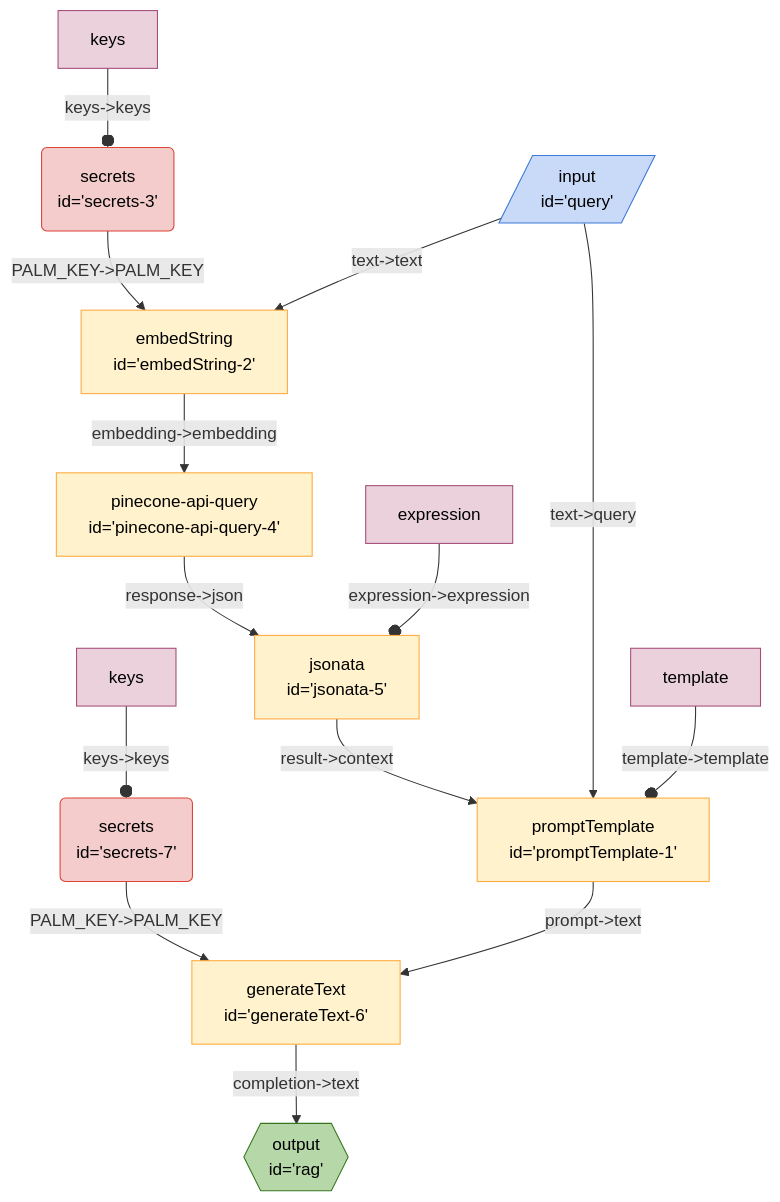
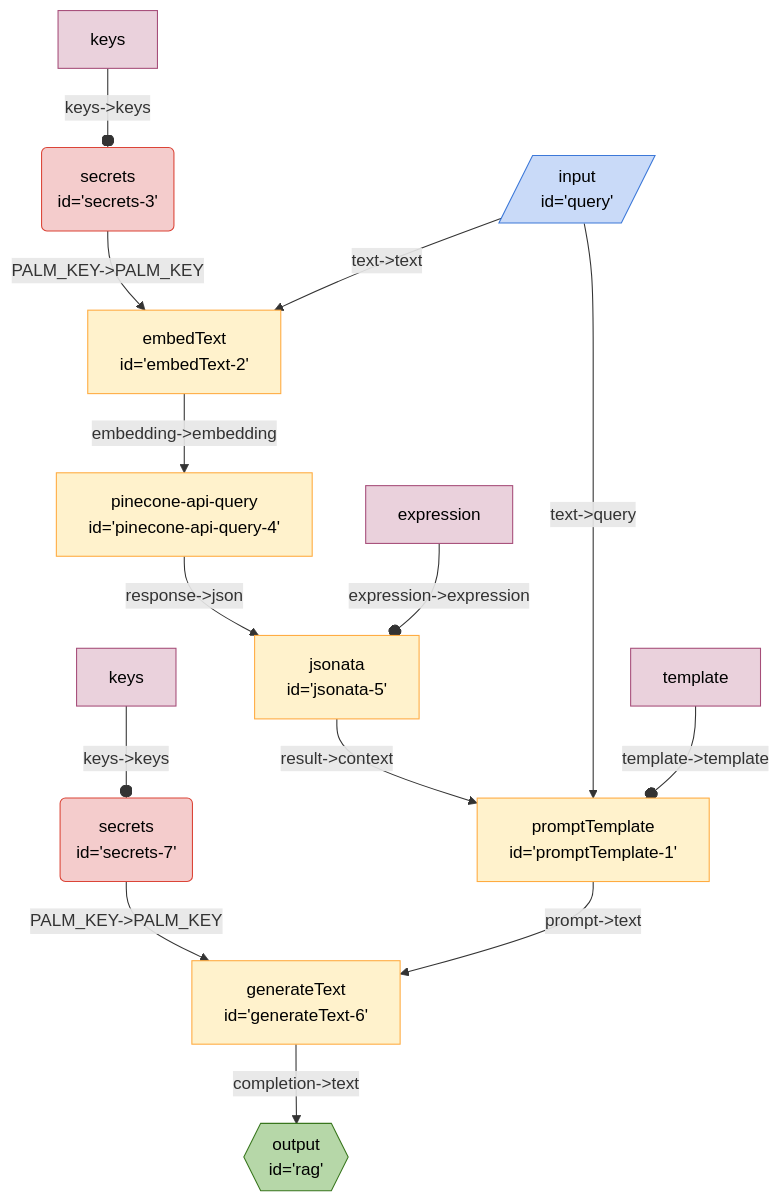
The diagram in seeds/graph-playground/docs/graphs/pinecone-query.md (breadboard-ai/breadboard), drawn with Mermaid before and after one commit. The commit also changed 7 other files, not shown here.

First line of the commit message:
[llm-starter] Introduce `embedText` node.

````diff
--- a/seeds/graph-playground/docs/graphs/pinecone-query.md
+++ b/seeds/graph-playground/docs/graphs/pinecone-query.md
@@ -5,25 +5,25 @@
   ```mermaid
   %%{init: 'themeVariables': { 'fontFamily': 'Fira Code, monospace' }}%%
 graph TD;
-secrets3("secrets <br> id='secrets-3'"):::secrets -- "PALM_KEY->PALM_KEY" --> embedString2["embedString <br> id='embedString-2'"]
+secrets3("secrets <br> id='secrets-3'"):::secrets -- "PALM_KEY->PALM_KEY" --> embedText2["embedText <br> id='embedText-2'"]
 jsonata5["jsonata <br> id='jsonata-5'"] -- "result->context" --> promptTemplate1["promptTemplate <br> id='promptTemplate-1'"]
 pineconeapiquery4["pinecone-api-query <br> id='pinecone-api-query-4'"] -- "response->json" --> jsonata5["jsonata <br> id='jsonata-5'"]
-embedString2["embedString <br> id='embedString-2'"] -- "embedding->embedding" --> pineconeapiquery4["pinecone-api-query <br> id='pinecone-api-query-4'"]
-query[/"input <br> id='query'"/]:::input -- "text->text" --> embedString2["embedString <br> id='embedString-2'"]
+embedText2["embedText <br> id='embedText-2'"] -- "embedding->embedding" --> pineconeapiquery4["pinecone-api-query <br> id='pinecone-api-query-4'"]
+query[/"input <br> id='query'"/]:::input -- "text->text" --> embedText2["embedText <br> id='embedText-2'"]
 query[/"input <br> id='query'"/]:::input -- "text->query" --> promptTemplate1["promptTemplate <br> id='promptTemplate-1'"]
 secrets7("secrets <br> id='secrets-7'"):::secrets -- "PALM_KEY->PALM_KEY" --> generateText6["generateText <br> id='generateText-6'"]
 generateText6["generateText <br> id='generateText-6'"] -- "completion->text" --> rag{{"output <br> id='rag'"}}:::output
 promptTemplate1["promptTemplate <br> id='promptTemplate-1'"] -- "prompt->text" --> generateText6["generateText <br> id='generateText-6'"]
 templatepromptTemplate1[template]:::config -- "template->template" --o promptTemplate1
 keyssecrets3[keys]:::config -- "keys->keys" --o secrets3
 expressionjsonata5[expression]:::config -- "expression->expression" --o jsonata5
 keyssecrets7[keys]:::config -- "keys->keys" --o secrets7
 classDef default stroke:#ffab40,fill:#fff2ccff,color:#000
 classDef input stroke:#3c78d8,fill:#c9daf8ff,color:#000
 classDef output stroke:#38761d,fill:#b6d7a8ff,color:#000
 classDef passthrough stroke:#a64d79,fill:#ead1dcff,color:#000
 classDef slot stroke:#a64d79,fill:#ead1dcff,color:#000
 classDef config stroke:#a64d79,fill:#ead1dcff,color:#000
 classDef secrets stroke:#db4437,fill:#f4cccc,color:#000
 classDef slotted stroke:#a64d79
   ```
````
